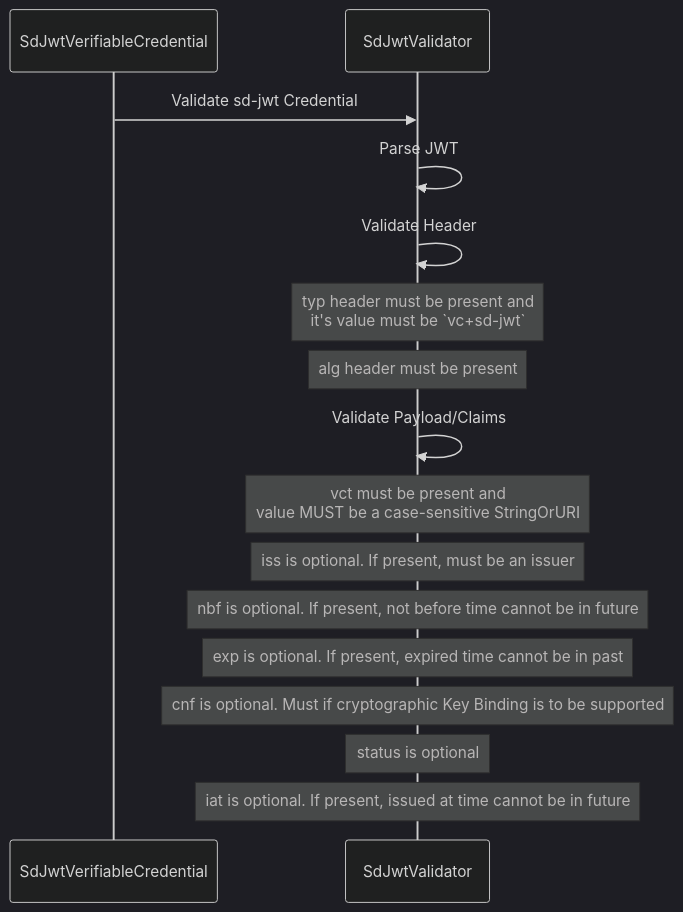
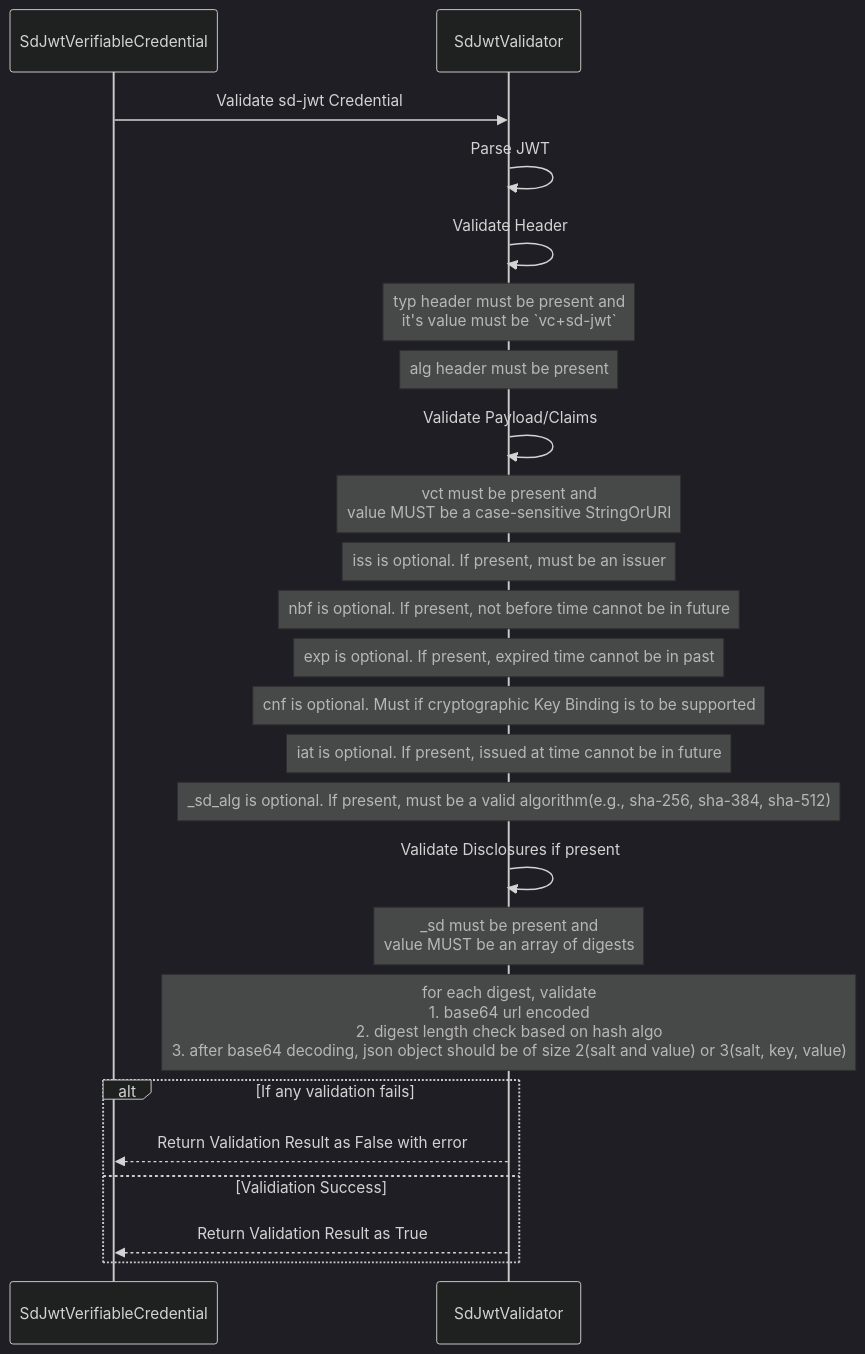
One commit to mosip/vc-verifier changed the second of 3 diagrams in doc/sdjwt-vc-verification-support.md. Above: the diagram before and after it, drawn with Mermaid (dark theme). The commit also changed other lines of this file, not shown here.

Commit message:
[INJIMOB-3365] - update SD-JWT validation steps

````diff
--- a/doc/sdjwt-vc-verification-support.md
+++ b/doc/sdjwt-vc-verification-support.md
@@ -64,17 +64,25 @@
 ```mermaid
 sequenceDiagram
 
     SdJwtVerifiableCredential->>SdJwtValidator: Validate sd-jwt Credential
     SdJwtValidator->>SdJwtValidator: Parse JWT
     SdJwtValidator->>SdJwtValidator: Validate Header
     Note over SdJwtValidator: typ header must be present and<br/>it's value must be `vc+sd-jwt`
     Note over SdJwtValidator: alg header must be present
     SdJwtValidator->>SdJwtValidator: Validate Payload/Claims
     Note over SdJwtValidator: vct must be present and<br/>value MUST be a case-sensitive StringOrURI
     Note over SdJwtValidator: iss is optional. If present, must be an issuer
     Note over SdJwtValidator: nbf is optional. If present, not before time cannot be in future
     Note over SdJwtValidator: exp is optional. If present, expired time cannot be in past
     Note over SdJwtValidator: cnf is optional. Must if cryptographic Key Binding is to be supported
-    Note over SdJwtValidator: status is optional
     Note over SdJwtValidator: iat is optional. If present, issued at time cannot be in future
+    Note over SdJwtValidator: _sd_alg is optional. If present, must be a valid algorithm(e.g., sha-256, sha-384, sha-512)
+    SdJwtValidator->>SdJwtValidator: Validate Disclosures if present
+    Note over SdJwtValidator: _sd must be present and<br/>value MUST be an array of digests
+    Note over SdJwtValidator: for each digest, validate<br/>1. base64 url encoded<br/>2. digest length check based on hash algo<br/>3. after base64 decoding, json object should be of size 2(salt and value) or 3(salt, key, value)
+    alt If any validation fails
+       SdJwtValidator-->>SdJwtVerifiableCredential: Return Validation Result as False with error
+    else Validiation Success
+       SdJwtValidator-->>SdJwtVerifiableCredential: Return Validation Result as True
+    end
 ```
````
